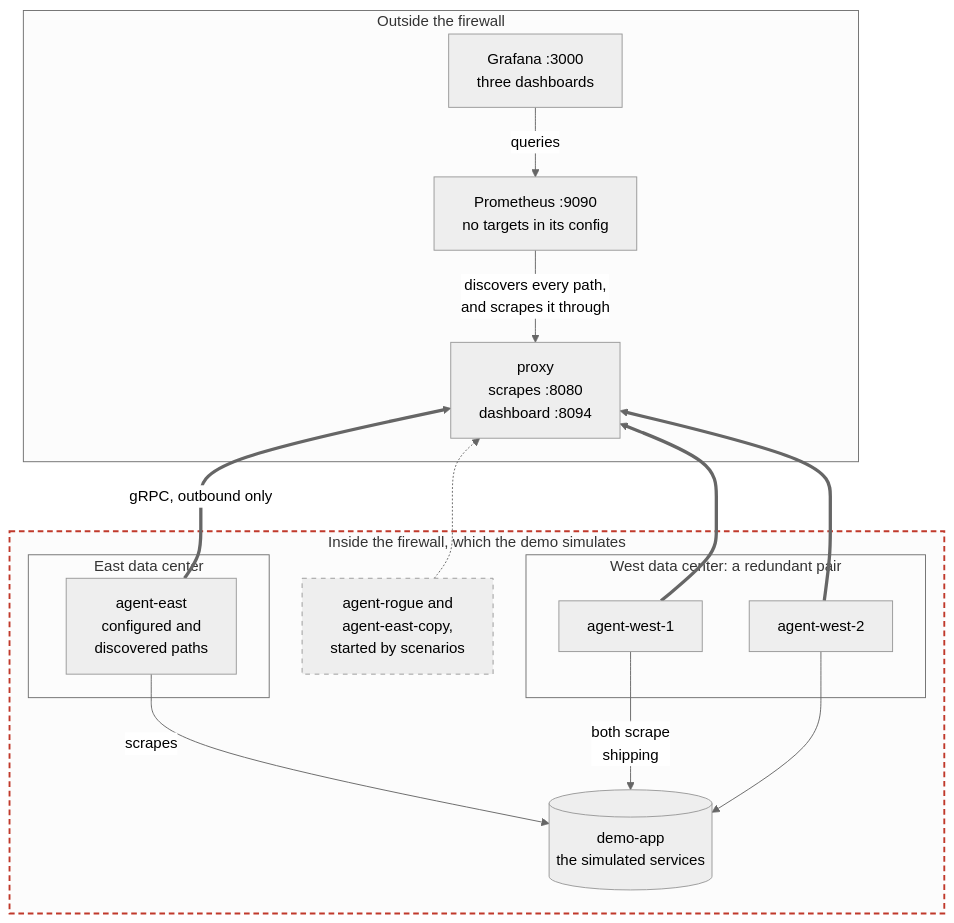
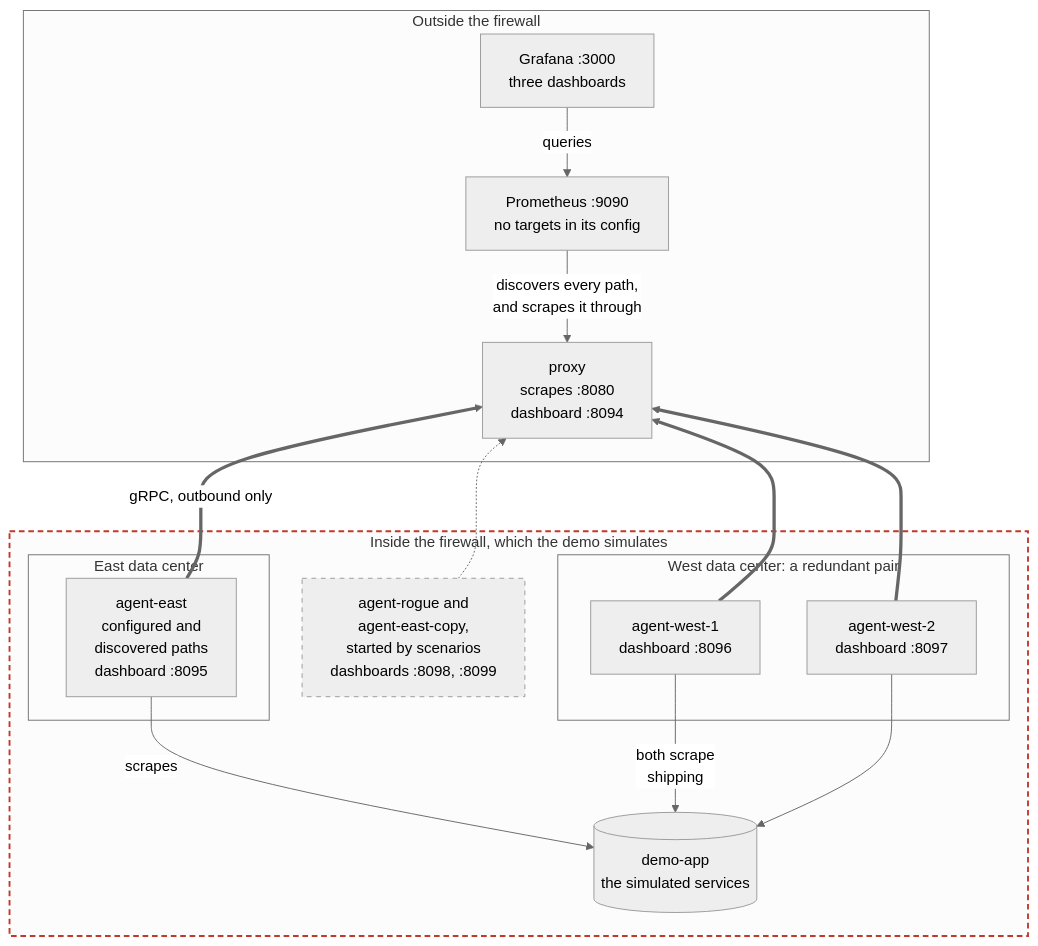
One commit to pambrose/prometheus-proxy changed the diagram in demos/basics/README.md. Above: the diagram before and after it, drawn with Mermaid (neutral theme). The commit also changed other lines of this file and 112 other files, not shown here.

First line of the commit message:
Add an Activity view to the agent's dashboard, its Helm values, a theme button, and the agent's side to every demo (#483)

````diff
--- a/demos/basics/README.md
+++ b/demos/basics/README.md
@@ -14,35 +14,35 @@
 ```mermaid
 flowchart TB
   subgraph outside["Outside the firewall"]
     grafana["Grafana :3000<br/>three dashboards"]
     prometheus["Prometheus :9090<br/>no targets in its config"]
     proxy["proxy<br/>scrapes :8080<br/>dashboard :8094"]
   end
 
   subgraph inside["Inside the firewall, which the demo simulates"]
     subgraph east["East data center"]
-      agentEast["agent-east<br/>configured and<br/>discovered paths"]
+      agentEast["agent-east<br/>configured and<br/>discovered paths<br/>dashboard :8095"]
     end
     subgraph west["West data center: a redundant pair"]
-      agentWest1["agent-west-1"]
-      agentWest2["agent-west-2"]
+      agentWest1["agent-west-1<br/>dashboard :8096"]
+      agentWest2["agent-west-2<br/>dashboard :8097"]
     end
-    scenario["agent-rogue and<br/>agent-east-copy,<br/>started by scenarios"]
+    scenario["agent-rogue and<br/>agent-east-copy,<br/>started by scenarios<br/>dashboards :8098, :8099"]
     app[("demo-app<br/>the simulated services")]
   end
 
   grafana -->|queries| prometheus
   prometheus -->|"discovers every path,<br/>and scrapes it through"| proxy
   proxy ~~~ agentEast & agentWest1 & agentWest2 & scenario
   agentEast ==>|"gRPC, outbound only"| proxy
   agentWest1 ==> proxy
   agentWest2 ==> proxy
   scenario -.-> proxy
   agentEast -->|scrapes| app
   agentWest1 -->|"both scrape<br/>shipping"| app
   agentWest2 --> app
 
   classDef started stroke-dasharray: 5 5
   class scenario started
   style inside stroke:#c0392b,stroke-width:2px,stroke-dasharray:6 4
 ```
````
